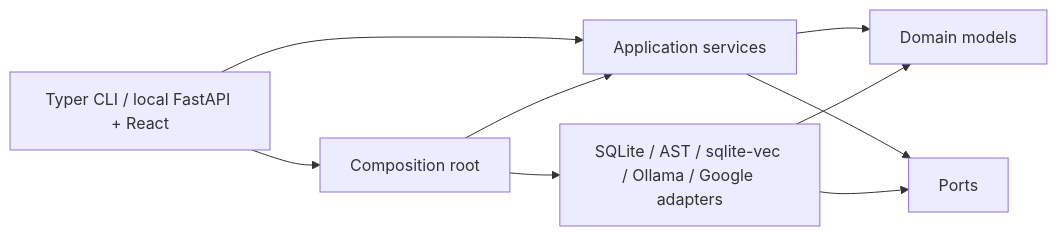
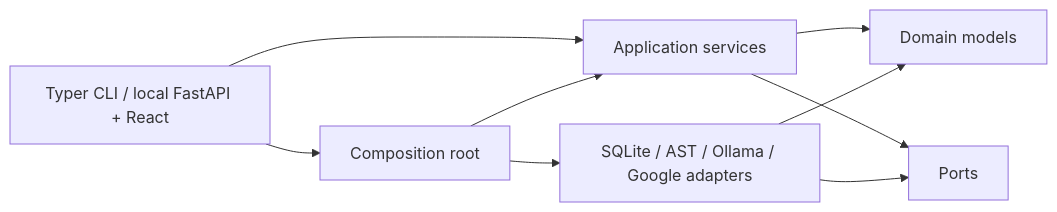
One commit to Furkan-rgb/arch_compass changed the diagram in docs/architecture.md. Above: the diagram before and after it, drawn with Mermaid. The commit also changed other lines of this file and 91 other files, not shown here.

````diff
--- a/docs/architecture.md
+++ b/docs/architecture.md
@@ -11,11 +11,11 @@
 ```mermaid
 flowchart LR
     PRESENTATION[Typer CLI / local FastAPI + React] --> BOOT[Composition root]
     PRESENTATION --> APP[Application services]
     APP --> DOMAIN[Domain models]
     APP --> PORTS[Ports]
-    ADAPTERS[SQLite / AST / sqlite-vec / Ollama / Google adapters] --> PORTS
+    ADAPTERS[SQLite / AST / Ollama / Google adapters] --> PORTS
     ADAPTERS --> DOMAIN
     BOOT --> APP
     BOOT --> ADAPTERS
 ```
````
